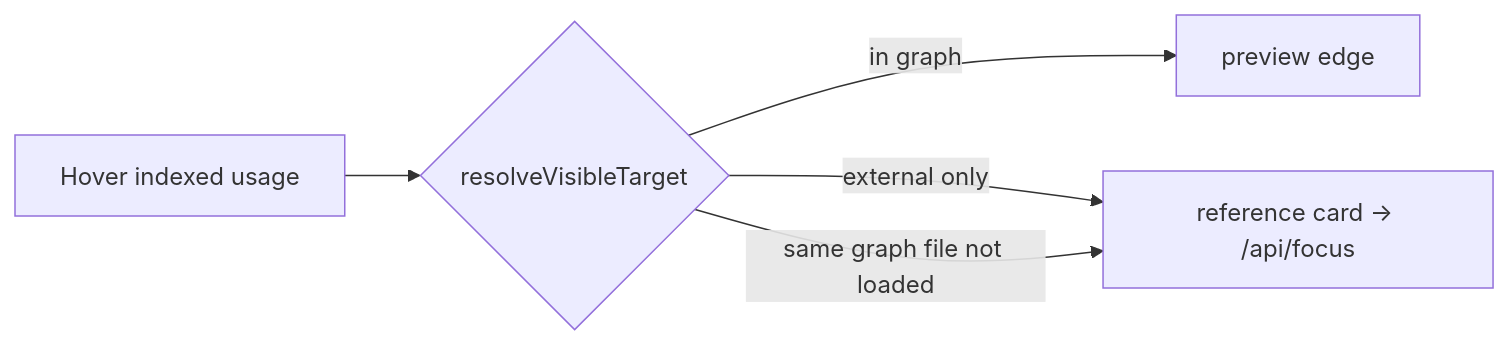
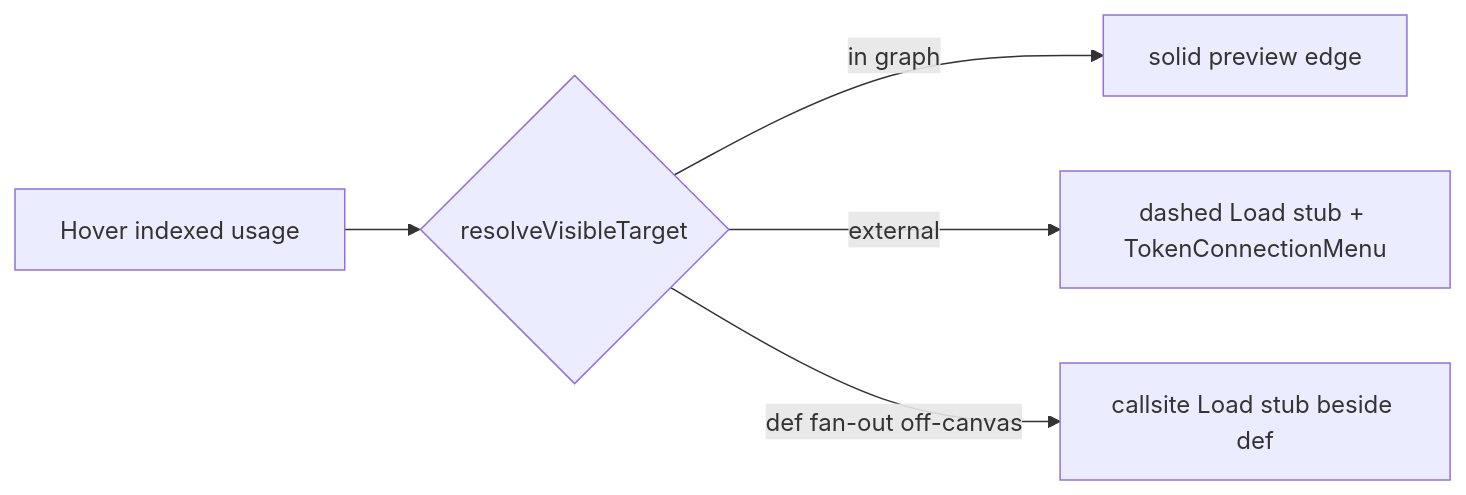
One commit to matkleve/codegrapher changed diagram 13 of 13 in docs/specs/system/preview-edges.interactions.supplement.md. Above: the diagram before and after it, drawn with Mermaid. The commit also changed other lines of this file and 86 other files, not shown here.

````diff
--- a/docs/specs/system/preview-edges.interactions.supplement.md
+++ b/docs/specs/system/preview-edges.interactions.supplement.md
@@ -389,7 +419,7 @@
 ```mermaid
 flowchart LR
   Hover[Hover indexed usage] --> R{resolveVisibleTarget}
-  R -->|in graph| Edge[preview edge]
-  R -->|external only| Card[reference card → /api/focus]
-  R -->|same graph file not loaded| Card
+  R -->|in graph| Edge[solid preview edge]
+  R -->|external| Stub[dashed Load stub + TokenConnectionMenu]
+  R -->|def fan-out off-canvas| Stub2[callsite Load stub beside def]
 ```
````
